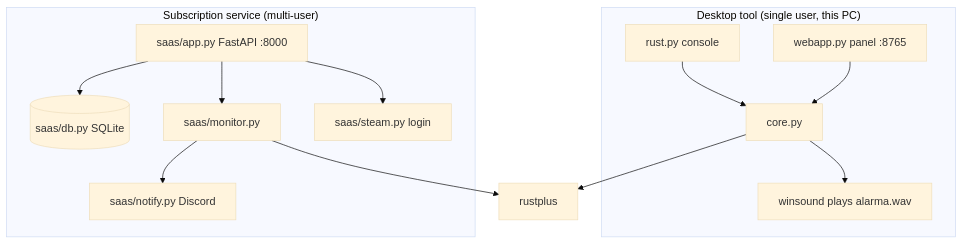
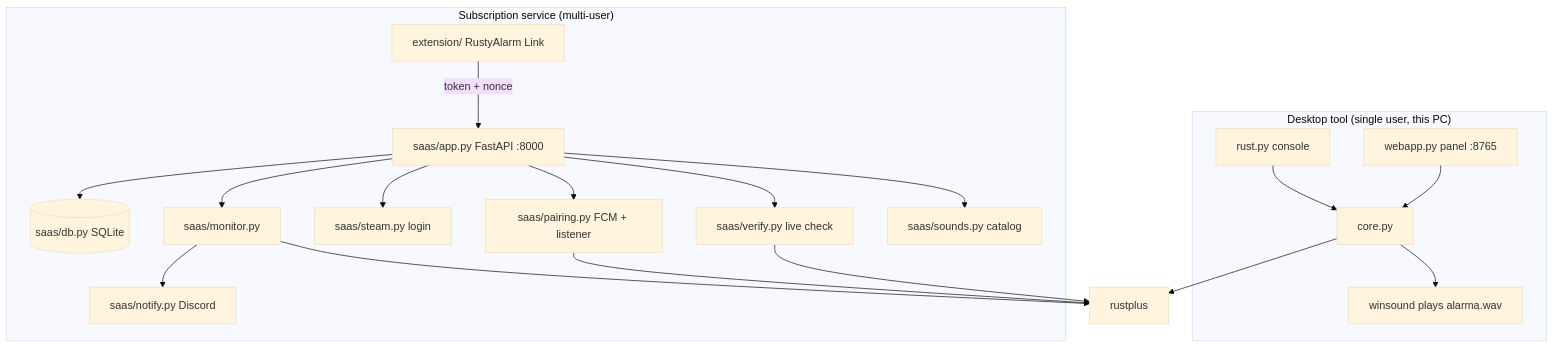
The diagram in docs/Architecture.md (SNLean/RustyAlarm), drawn with Mermaid (base theme) before and after one commit. The commit also changed other lines of this file and 7 other files, not shown here.

````diff
--- a/docs/Architecture.md
+++ b/docs/Architecture.md
@@ -12,17 +12,23 @@
 ```mermaid
 graph TD
     subgraph Desktop["Desktop tool (single user, this PC)"]
         RUST[rust.py console] --> CORE[core.py]
         WEBAPP[webapp.py panel :8765] --> CORE
         CORE --> WINSOUND[winsound plays alarma.wav]
     end
     subgraph SaaS["Subscription service (multi-user)"]
         APP[saas/app.py FastAPI :8000] --> DB[(saas/db.py SQLite)]
         APP --> MON[saas/monitor.py]
         MON --> NOTIFY[saas/notify.py Discord]
         APP --> STEAM[saas/steam.py login]
+        APP --> PAIR[saas/pairing.py FCM + listener]
+        APP --> VERIFY[saas/verify.py live check]
+        APP --> SND[saas/sounds.py catalog]
+        EXT[extension/ RustyAlarm Link] -->|token + nonce| APP
     end
     CORE --> RP[rustplus]
     MON --> RP
-    class CORE,MON internal-link;
+    PAIR --> RP
+    VERIFY --> RP
+    class CORE,MON,PAIR,VERIFY internal-link;
 ```
````
